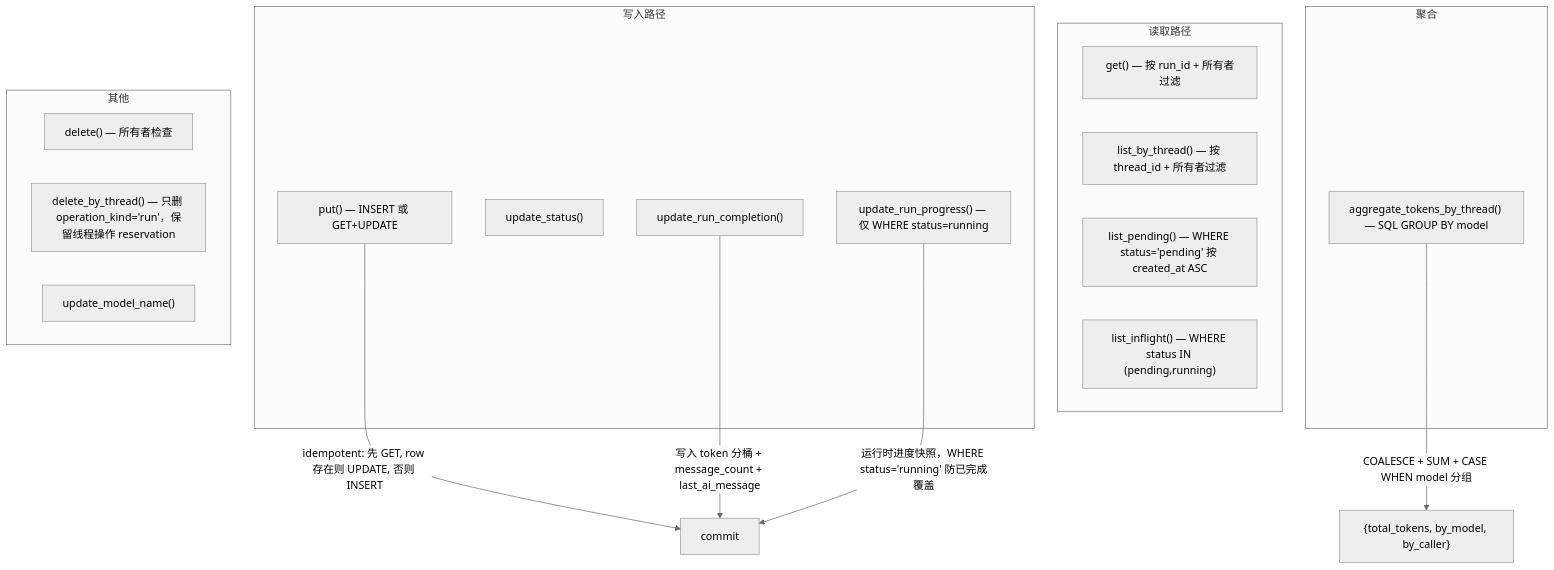
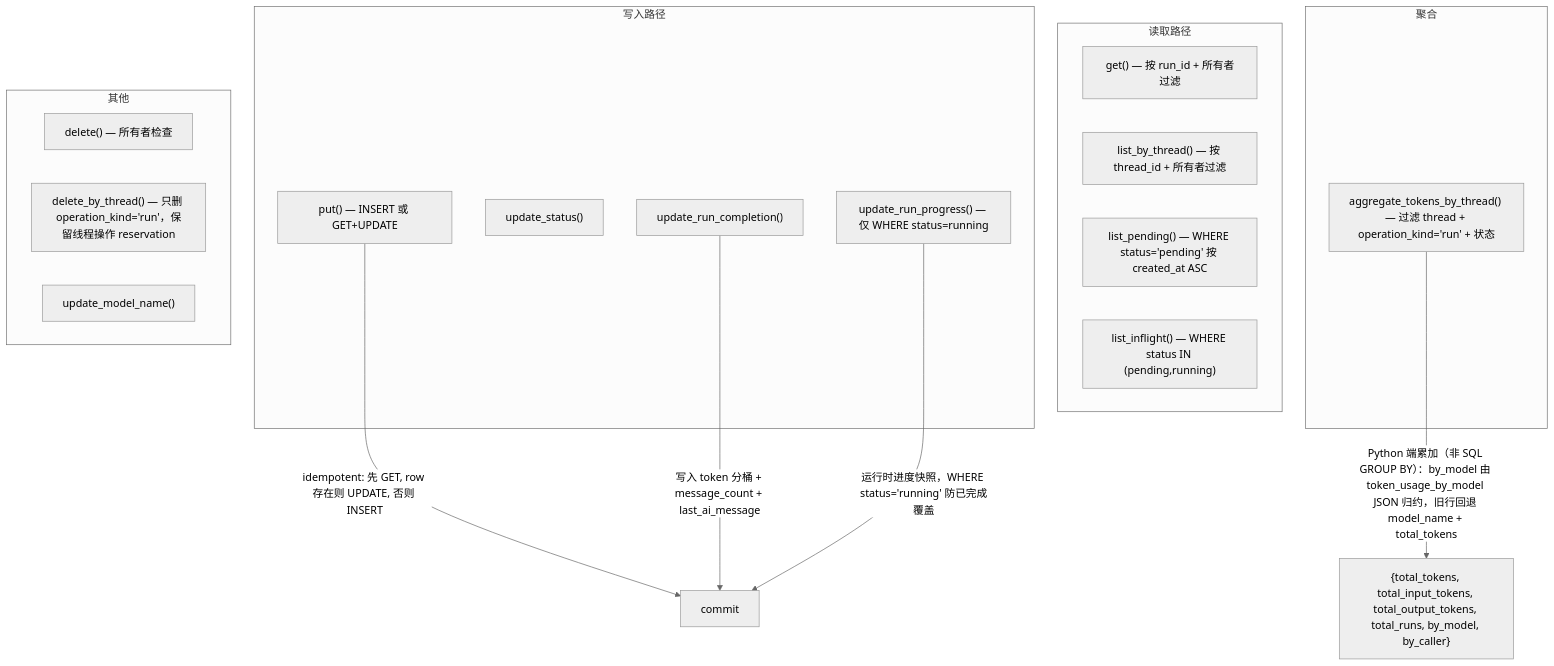
The first of 5 diagrams in _digest/internals/persistence/db-checkpointer-store-backends.md (ethan-jiang-1/deer-flow), drawn with Mermaid (neutral theme) before and after one commit. The commit also changed other lines of this file and 137 other files, not shown here.

````diff
--- a/_digest/internals/persistence/db-checkpointer-store-backends.md
+++ b/_digest/internals/persistence/db-checkpointer-store-backends.md
@@ -336,31 +466,31 @@
 ```mermaid
 flowchart TD
     subgraph 写入路径
         PUT["put() — INSERT 或 GET+UPDATE"]
         STATUS["update_status()"]
         COMP["update_run_completion()"]
         PROG["update_run_progress() — 仅 WHERE status=running"]
     end
 
     subgraph 读取路径
         GET["get() — 按 run_id + 所有者过滤"]
         LIST["list_by_thread() — 按 thread_id + 所有者过滤"]
         LP["list_pending() — WHERE status='pending' 按 created_at ASC"]
         LI["list_inflight() — WHERE status IN (pending,running)"]
     end
 
     subgraph 聚合
-        AGG["aggregate_tokens_by_thread() — SQL GROUP BY model"]
+        AGG["aggregate_tokens_by_thread() — 过滤 thread + operation_kind='run' + 状态"]
     end
 
     subgraph 其他
         DEL["delete() — 所有者检查"]
         DBT["delete_by_thread() — 只删 operation_kind='run'，保留线程操作 reservation"]
         MODEL["update_model_name()"]
     end
 
     PUT -->|"idempotent: 先 GET, row 存在则 UPDATE, 否则 INSERT"| COMMIT["commit"]
     COMP -->|"写入 token 分桶 + message_count + last_ai_message"| COMMIT
     PROG -->|"运行时进度快照，WHERE status='running' 防已完成覆盖"| COMMIT
-    AGG -->|"COALESCE + SUM + CASE WHEN model 分组"| RESULT["{total_tokens, by_model, by_caller}"]
+    AGG -->|"Python 端累加（非 SQL GROUP BY）：by_model 由 token_usage_by_model JSON 归约，旧行回退 model_name + total_tokens"| RESULT["{total_tokens, total_input_tokens, total_output_tokens, total_runs, by_model, by_caller}"]
 ```
````
